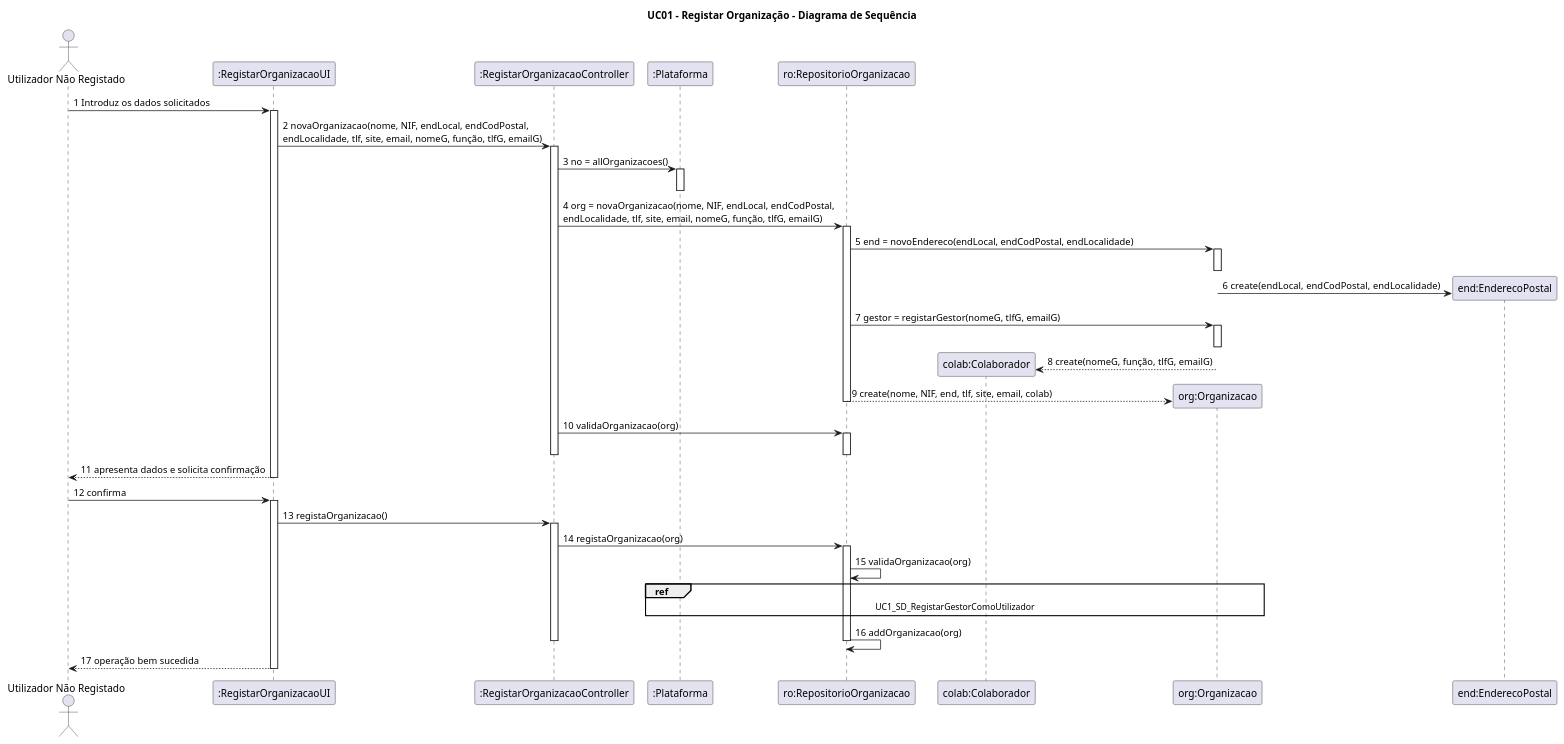
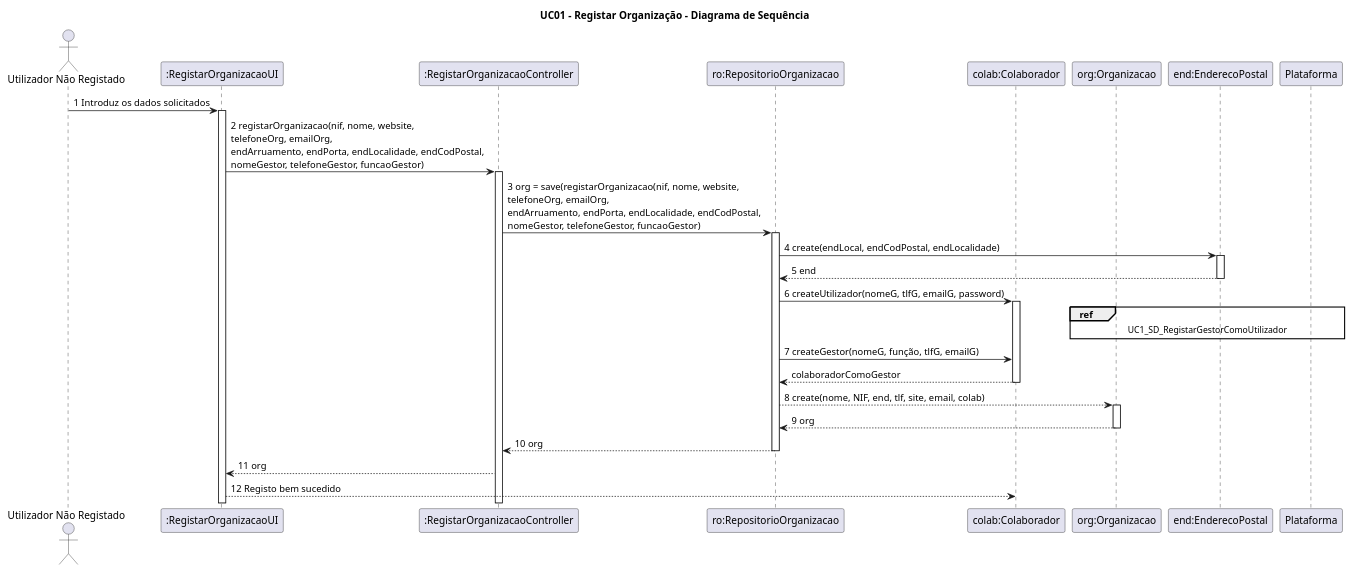
The diagram in Documentação/Sprint 2/UC01_Registar_Organizacao/UC01_Registar_Organizacao_SD_Pt1.puml (blestonbandeiraUPSKILL/upskill_java1_labprg_grupo2), drawn with PlantUML before and after one commit. The commit also changed 20 other files, not shown here.

```diff
--- a/Documentação/Sprint 2/UC01_Registar_Organizacao/UC01_Registar_Organizacao_SD_Pt1.puml
+++ b/Documentação/Sprint 2/UC01_Registar_Organizacao/UC01_Registar_Organizacao_SD_Pt1.puml
@@ -1,53 +1,40 @@
 @startuml
 
 title UC01 - Registar Organização - Diagrama de Sequência
 
 actor "Utilizador Não Registado" as UtilizadorNaoRegistado
 participant ":RegistarOrganizacaoUI" as RegistarOrganizacaoUI
 participant ":RegistarOrganizacaoController" as RegistarOrganizaoController
-participant ":Plataforma" as Plataforma
 participant "ro:RepositorioOrganizacao" as RepositorioOrganizacao
 participant "colab:Colaborador" as Colaborador
 participant "org:Organizacao" as Organizacao
 participant "end:EnderecoPostal" as EnderecoPostal
 
 UtilizadorNaoRegistado -> RegistarOrganizacaoUI: 1 Introduz os dados solicitados
 activate RegistarOrganizacaoUI
-RegistarOrganizacaoUI ->  RegistarOrganizaoController: 2 novaOrganizacao(nome, NIF, endLocal, endCodPostal,\nendLocalidade, tlf, site, email, nomeG, função, tlfG, emailG)
+RegistarOrganizacaoUI ->  RegistarOrganizaoController: 2 registarOrganizacao(nif, nome, website, \ntelefoneOrg, emailOrg, \nendArruamento, endPorta, endLocalidade, endCodPostal, \nnomeGestor, telefoneGestor, funcaoGestor)
 activate RegistarOrganizaoController
-RegistarOrganizaoController -> Plataforma : 3 no = allOrganizacoes()
-activate Plataforma
-deactivate Plataforma
-RegistarOrganizaoController -> RepositorioOrganizacao : 4 org = novaOrganizacao(nome, NIF, endLocal, endCodPostal,\nendLocalidade, tlf, site, email, nomeG, função, tlfG, emailG)
+RegistarOrganizaoController -> RepositorioOrganizacao: 3 org = save(registarOrganizacao(nif, nome, website, \ntelefoneOrg, emailOrg, \nendArruamento, endPorta, endLocalidade, endCodPostal, \nnomeGestor, telefoneGestor, funcaoGestor)
 activate RepositorioOrganizacao
-RepositorioOrganizacao -> Organizacao : 5 end = novoEndereco(endLocal, endCodPostal, endLocalidade)
+RepositorioOrganizacao -> EnderecoPostal: 4 create(endLocal, endCodPostal, endLocalidade)
+activate EnderecoPostal
+EnderecoPostal --> RepositorioOrganizacao: 5 end
+deactivate EnderecoPostal
+RepositorioOrganizacao -> Colaborador: 6 createUtilizador(nomeG, tlfG, emailG, password)
+ref over Plataforma, Organizacao : UC1_SD_RegistarGestorComoUtilizador
+activate Colaborador
+RepositorioOrganizacao -> Colaborador: 7 createGestor(nomeG, função, tlfG, emailG)
+Colaborador --> RepositorioOrganizacao: colaboradorComoGestor
+deactivate Colaborador
+RepositorioOrganizacao --> Organizacao : 8 create(nome, NIF, end, tlf, site, email, colab)
 activate Organizacao
+Organizacao --> RepositorioOrganizacao: 9 org
 deactivate Organizacao
-Organizacao -> EnderecoPostal ** : 6  create(endLocal, endCodPostal, endLocalidade)
-RepositorioOrganizacao -> Organizacao : 7 gestor = registarGestor(nomeG, tlfG, emailG)
-activate Organizacao
-deactivate Organizacao
-Organizacao --> Colaborador ** : 8 create(nomeG, função, tlfG, emailG)
-RepositorioOrganizacao --> Organizacao ** : 9 create(nome, NIF, end, tlf, site, email, colab)
+RepositorioOrganizacao --> RegistarOrganizaoController: 10 org
 deactivate RepositorioOrganizacao
-RegistarOrganizaoController -> RepositorioOrganizacao : 10 validaOrganizacao(org)
-activate RepositorioOrganizacao
-deactivate RepositorioOrganizacao
-deactivate RegistarOrganizaoController
-RegistarOrganizacaoUI --> UtilizadorNaoRegistado : 11 apresenta dados e solicita confirmação
-deactivate RegistarOrganizacaoUI
-UtilizadorNaoRegistado -> RegistarOrganizacaoUI : 12 confirma
-activate RegistarOrganizacaoUI
-RegistarOrganizacaoUI -> RegistarOrganizaoController : 13 registaOrganizacao()
-activate RegistarOrganizaoController
-RegistarOrganizaoController -> RepositorioOrganizacao : 14 registaOrganizacao(org)
-activate RepositorioOrganizacao
-RepositorioOrganizacao -> RepositorioOrganizacao : 15 validaOrganizacao(org)
-ref over Plataforma, Organizacao : UC1_SD_RegistarGestorComoUtilizador
-RepositorioOrganizacao -> RepositorioOrganizacao : 16 addOrganizacao(org)
-deactivate RepositorioOrganizacao
-deactivate RegistarOrganizaoController
-RegistarOrganizacaoUI --> UtilizadorNaoRegistado : 17 operação bem sucedida
-deactivate RegistarOrganizacaoUI
+RegistarOrganizaoController --> RegistarOrganizacaoUI: 11 org
+RegistarOrganizacaoUI --> Colaborador: 12 Registo bem sucedido
+
+
 
 @enduml
```
